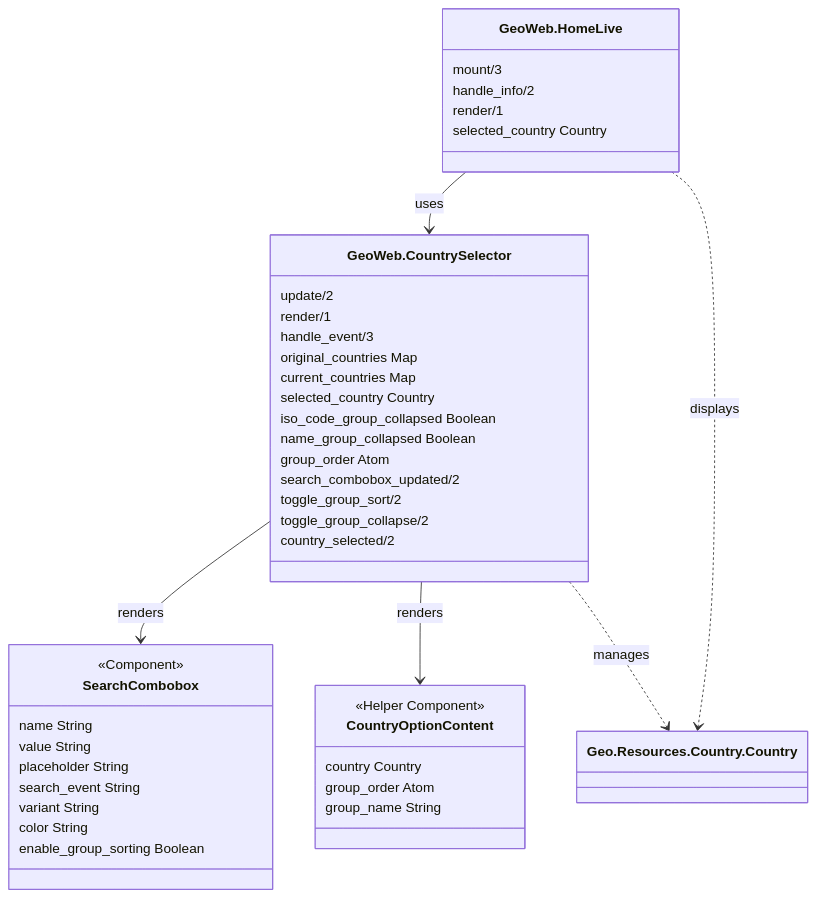
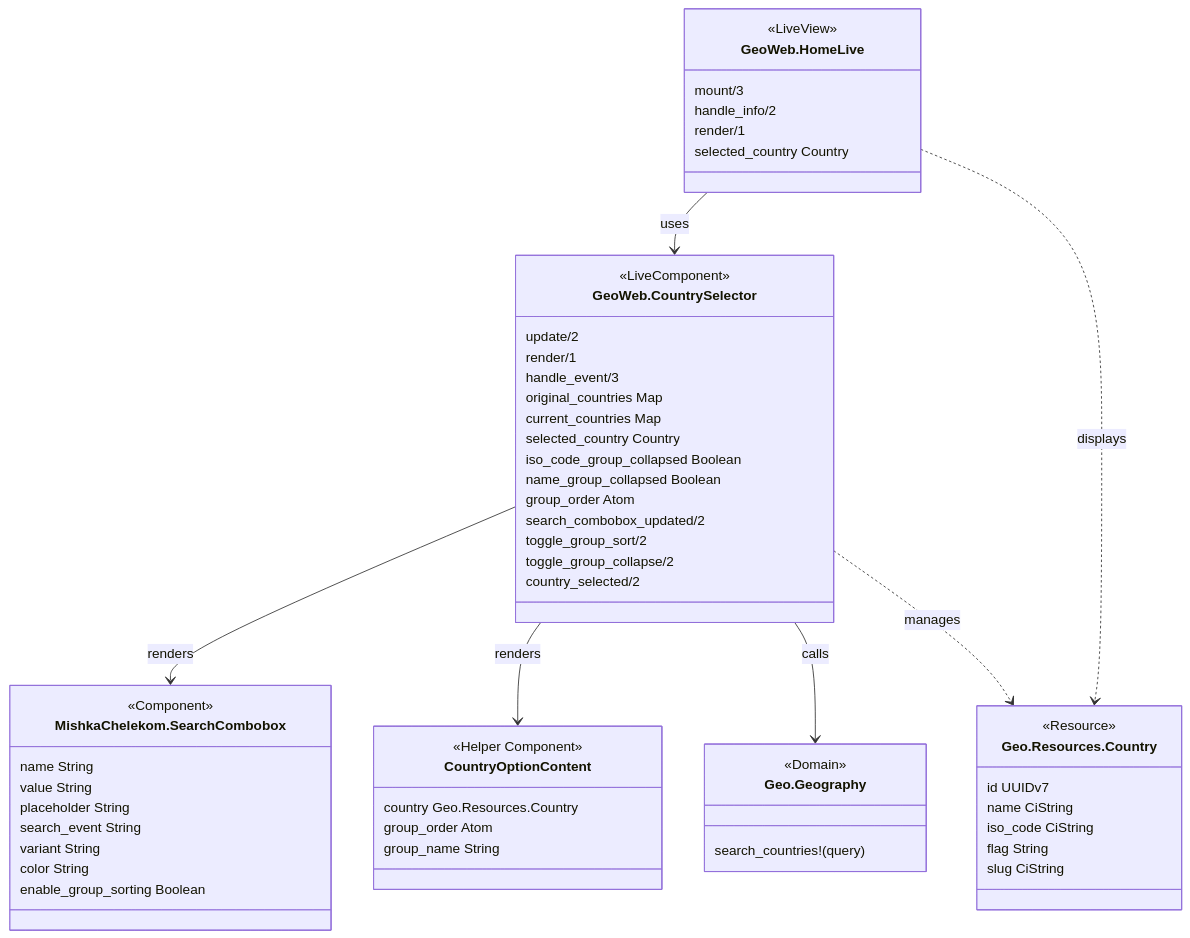
The third of 6 diagrams in README.md (dev-guy/geo), drawn with Mermaid before and after one commit. The commit also changed other lines of this file, not shown here.

````diff
--- a/README.md
+++ b/README.md
@@ -207,49 +226,66 @@
 ```mermaid
 classDiagram
     class GeoWeb.HomeLive {
+        <<LiveView>>
         mount/3
         handle_info/2
         render/1
         selected_country Country
     }
     
     class GeoWeb.CountrySelector {
+        <<LiveComponent>>
         update/2
         render/1
         handle_event/3
         original_countries Map
         current_countries Map
         selected_country Country
         iso_code_group_collapsed Boolean
         name_group_collapsed Boolean
         group_order Atom
         search_combobox_updated/2
         toggle_group_sort/2
         toggle_group_collapse/2
         country_selected/2
     }
     
-    class SearchCombobox {
+    class MishkaChelekom.SearchCombobox {
         <<Component>>
         name String
         value String
         placeholder String
         search_event String
         variant String
         color String
         enable_group_sorting Boolean
     }
     
     class CountryOptionContent {
         <<Helper Component>>
-        country Country
+        country Geo.Resources.Country
         group_order Atom
         group_name String
     }
     
+    class Geo.Geography {
+        <<Domain>>
+        search_countries!(query)
+    }
+    
+    class Geo.Resources.Country {
+        <<Resource>>
+        id UUIDv7
+        name CiString
+        iso_code CiString
+        flag String
+        slug CiString
+    }
+    
     GeoWeb.HomeLive --> GeoWeb.CountrySelector : uses
-    GeoWeb.CountrySelector --> SearchCombobox : renders
+    GeoWeb.CountrySelector --> MishkaChelekom.SearchCombobox : renders
     GeoWeb.CountrySelector --> CountryOptionContent : renders
-    GeoWeb.HomeLive ..> Geo.Resources.Country.Country : displays
-    GeoWeb.CountrySelector ..> Geo.Resources.Country.Country : manages
+    GeoWeb.CountrySelector --> Geo.Geography : calls
+    GeoWeb.HomeLive ..> Geo.Resources.Country : displays
+    GeoWeb.CountrySelector ..> Geo.Resources.Country : manages
 ```
````
